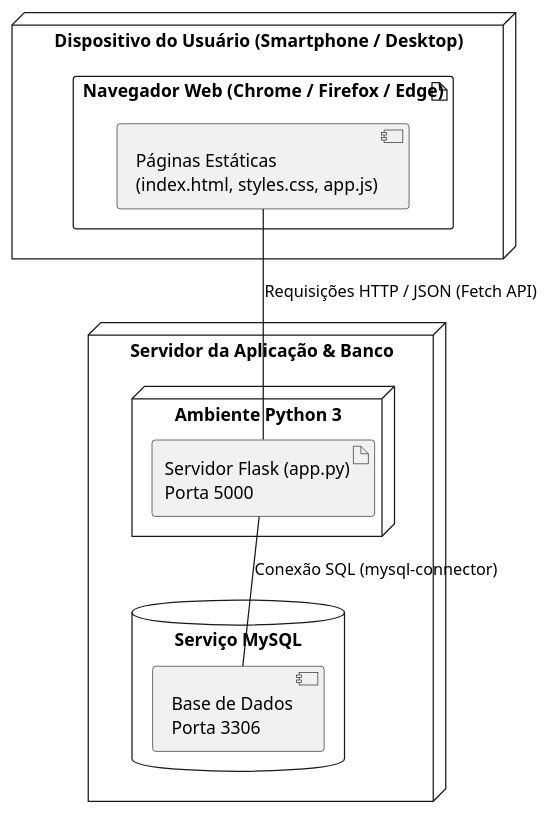
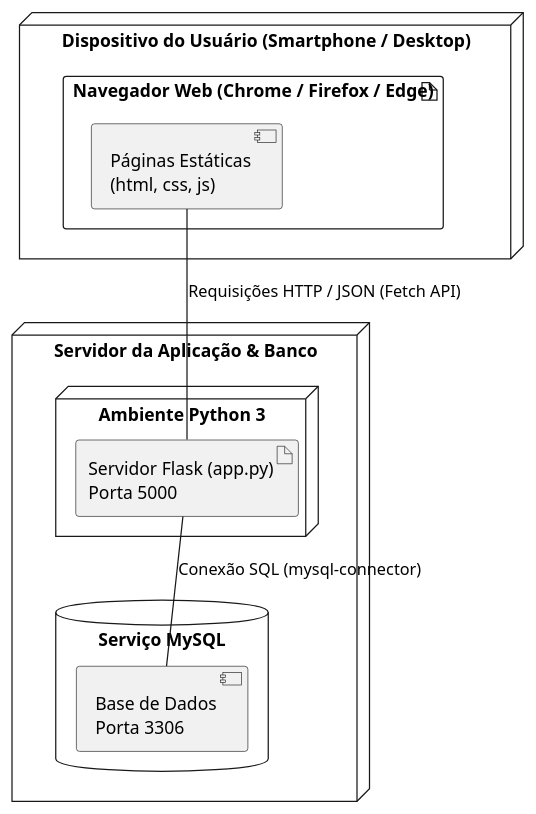
Before and after one commit to AlexMarques00/waitless-logistics-es2: the diagram in Documentação/PlantUML dos diagramas/diagrama_de_execucao.puml, drawn with PlantUML. The commit also changed 17 other files, not shown here.

Commit message:
Organização dos Diretórios do Projeto Real (html, css, js, py, sql)

```diff
--- a/Documentação/PlantUML dos diagramas/diagrama_de_execucao.puml
+++ b/Documentação/PlantUML dos diagramas/diagrama_de_execucao.puml
@@ -1,20 +1,20 @@
 @startuml
 node "Dispositivo do Usuário (Smartphone / Desktop)" as ClientNode {
     artifact "Navegador Web (Chrome / Firefox / Edge)" {
-        component "Páginas Estáticas\n(index.html, styles.css, app.js)" as WebClient
+        component "Páginas Estáticas\n(html, css, js)" as WebClient
     }
 }
 
 node "Servidor da Aplicação & Banco" as ServerNode {
     node "Ambiente Python 3" {
         artifact "Servidor Flask (app.py)\nPorta 5000" as FlaskApp
     }
     
     database "Serviço MySQL" {
         component "Base de Dados\nPorta 3306" as MySQLServer
     }
 }
 
 WebClient -- FlaskApp : Requisições HTTP / JSON (Fetch API)
 FlaskApp -- MySQLServer : Conexão SQL (mysql-connector)
 @enduml
```
